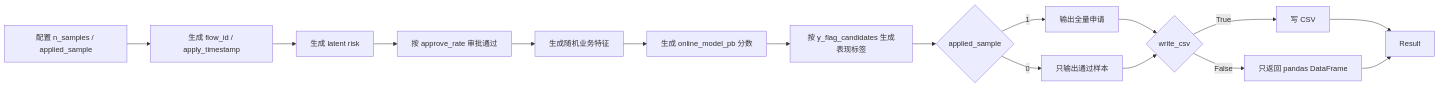
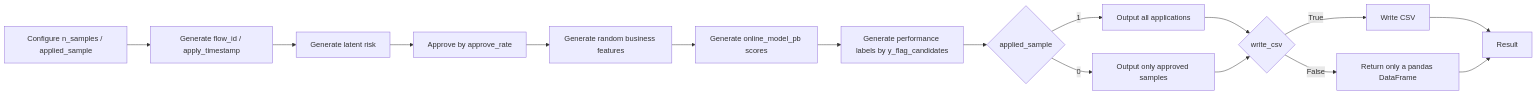
Before and after one commit to Kyle-J-Sun/SuperModelingFactory_doc: the sixth of 7 diagrams in docs/pipeline_one_click.md, drawn with Mermaid. The commit also changed other lines of this file and 52 other files, not shown here.

````diff
--- a/docs/pipeline_one_click.md
+++ b/docs/pipeline_one_click.md
@@ -1620,18 +1620,18 @@
 ```mermaid
 flowchart LR
-    A["配置 n_samples / applied_sample"] --> B["生成 flow_id / apply_timestamp"]
-    B --> C["生成 latent risk"]
-    C --> D["按 approve_rate 审批通过"]
-    D --> E["生成随机业务特征"]
-    E --> F["生成 online_model_pb 分数"]
-    F --> G["按 y_flag_candidates 生成表现标签"]
+    A["Configure n_samples / applied_sample"] --> B["Generate flow_id / apply_timestamp"]
+    B --> C["Generate latent risk"]
+    C --> D["Approve by approve_rate"]
+    D --> E["Generate random business features"]
+    E --> F["Generate online_model_pb scores"]
+    F --> G["Generate performance labels by y_flag_candidates"]
     G --> H{"applied_sample"}
-    H -->|1| I["输出全量申请"]
-    H -->|0| J["只输出通过样本"]
+    H -->|1| I["Output all applications"]
+    H -->|0| J["Output only approved samples"]
     I --> K{"write_csv"}
     J --> K
-    K -->|True| L["写 CSV"]
-    K -->|False| M["只返回 pandas DataFrame"]
+    K -->|True| L["Write CSV"]
+    K -->|False| M["Return only a pandas DataFrame"]
     L --> N["Result"]
     M --> N
 ```
````
